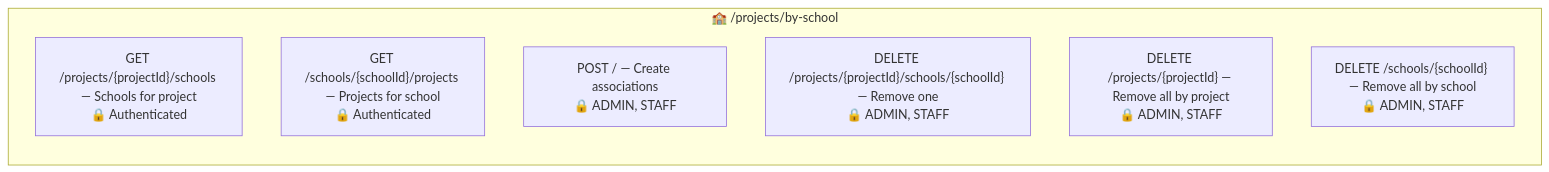
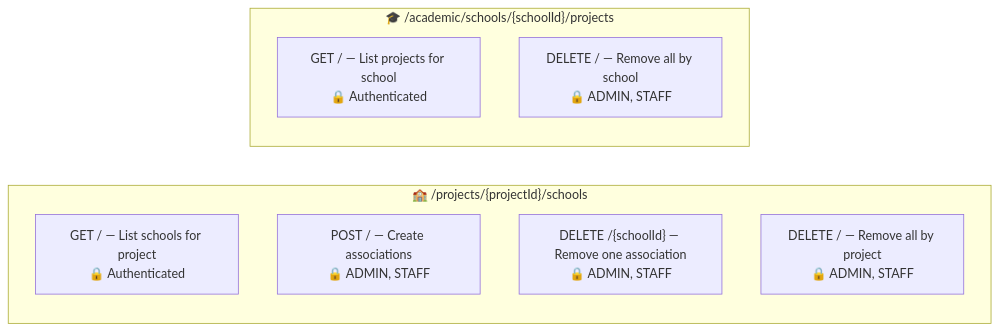
One commit to Plataforma-Universidade-Gratuita/pug-docs changed the third of 9 diagrams in pug-service/m-project/README.md. Above: the diagram before and after it, drawn with Mermaid. The commit also changed other lines of this file and 6 other files, not shown here.

````diff
--- a/pug-service/m-project/README.md
+++ b/pug-service/m-project/README.md
@@ -162,12 +159,16 @@
 ```mermaid
 graph LR
-    subgraph PBS["🏫 /projects/by-school"]
+    subgraph ProjectSide["🏫 /projects/{projectId}/schools"]
         direction TB
-        GET_SCHOOLS["GET /projects/{projectId}/schools — Schools for project<br/>🔒 Authenticated"]
-        GET_PROJECTS["GET /schools/{schoolId}/projects — Projects for school<br/>🔒 Authenticated"]
-        POST["POST / — Create associations<br/>🔒 ADMIN, STAFF"]
-        DELETE_ONE["DELETE /projects/{projectId}/schools/{schoolId} — Remove one<br/>🔒 ADMIN, STAFF"]
-        DELETE_PROJ["DELETE /projects/{projectId} — Remove all by project<br/>🔒 ADMIN, STAFF"]
-        DELETE_SCHOOL["DELETE /schools/{schoolId} — Remove all by school<br/>🔒 ADMIN, STAFF"]
+        GET_SCHOOLS["GET / — List schools for project<br/>🔒 Authenticated"]
+        POST_SCHOOLS["POST / — Create associations<br/>🔒 ADMIN, STAFF"]
+        DELETE_ONE["DELETE /{schoolId} — Remove one association<br/>🔒 ADMIN, STAFF"]
+        DELETE_ALL_PROJECT["DELETE / — Remove all by project<br/>🔒 ADMIN, STAFF"]
+    end
+
+    subgraph SchoolSide["🎓 /academic/schools/{schoolId}/projects"]
+        direction TB
+        GET_PROJECTS["GET / — List projects for school<br/>🔒 Authenticated"]
+        DELETE_ALL_SCHOOL["DELETE / — Remove all by school<br/>🔒 ADMIN, STAFF"]
     end
 ```
````
